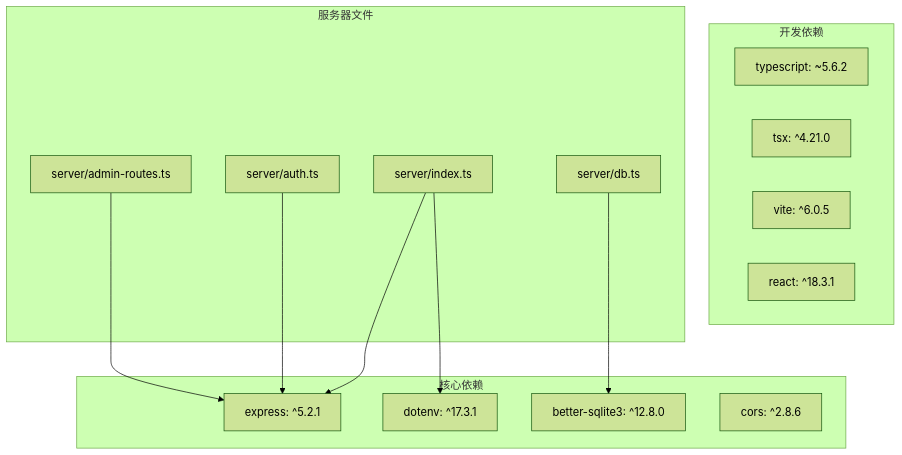
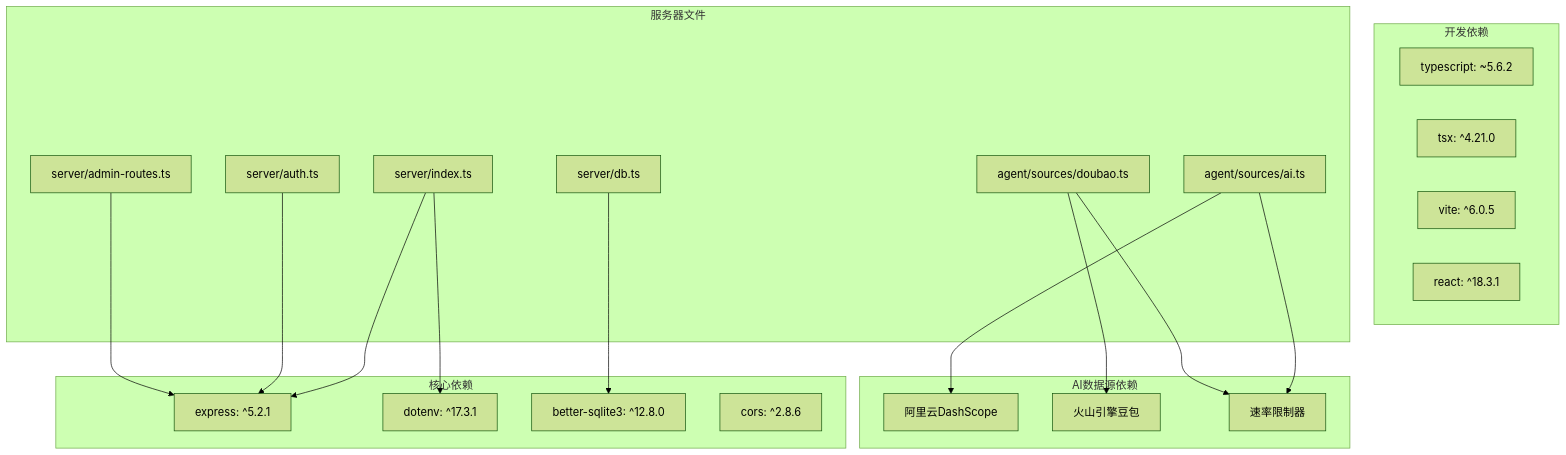
Diagram 13 of 13 in .qoder/repowiki/zh/content/后端API架构/Express服务器配置.md (ititjjy/AITrip-plan), drawn with Mermaid (forest theme) before and after one commit. The commit also changed other lines of this file and 17 other files, not shown here.

````diff
--- a/.qoder/repowiki/zh/content/后端API架构/Express服务器配置.md
+++ b/.qoder/repowiki/zh/content/后端API架构/Express服务器配置.md
@@ -355,26 +485,37 @@
 ```mermaid
 graph TB
 subgraph "核心依赖"
 Express[express: ^5.2.1]
 Dotenv[dotenv: ^17.3.1]
 BetterSqlite[better-sqlite3: ^12.8.0]
 Cors[cors: ^2.8.6]
+end
+subgraph "AI数据源依赖"
+DashScope[阿里云DashScope]
+Doubao[火山引擎豆包]
+RateLimiter[速率限制器]
 end
 subgraph "开发依赖"
 Typescript[typescript: ~5.6.2]
 TSX[tsx: ^4.21.0]
 Vite[vite: ^6.0.5]
 React[react: ^18.3.1]
 end
 subgraph "服务器文件"
 ServerIndex[server/index.ts]
 ServerDB[server/db.ts]
 ServerAuth[server/auth.ts]
 AdminRoutes[server/admin-routes.ts]
+AISource[agent/sources/ai.ts]
+DoubaoSource[agent/sources/doubao.ts]
 end
 ServerIndex --> Express
 ServerIndex --> Dotenv
 ServerDB --> BetterSqlite
 ServerAuth --> Express
 AdminRoutes --> Express
+AISource --> DashScope
+AISource --> RateLimiter
+DoubaoSource --> Doubao
+DoubaoSource --> RateLimiter
 ```
````
